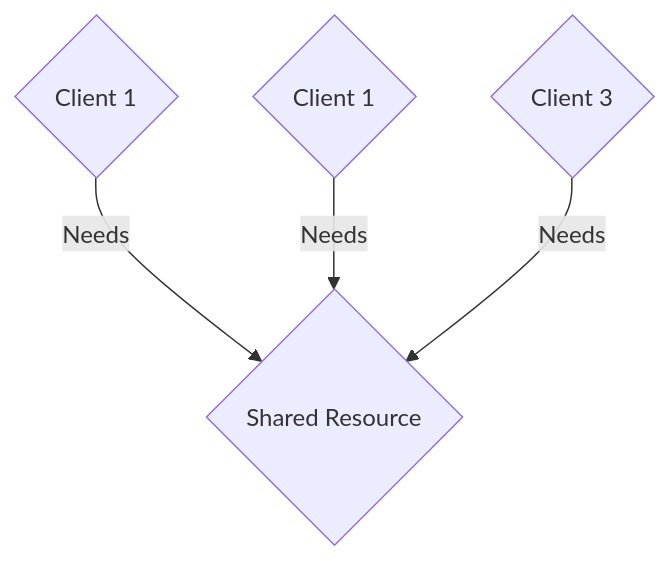
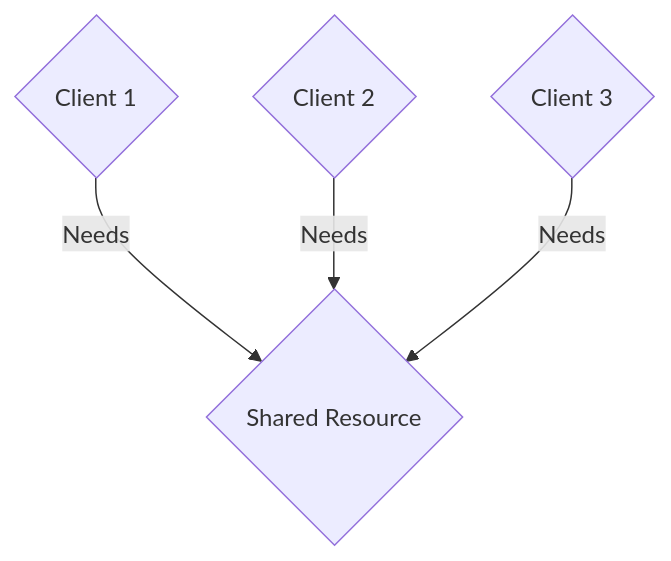
The first of 2 diagrams in 3.1-processes-and-concurrency.md (Nkay/fh-campus02-cloud-computing), drawn with Mermaid before and after one commit. The commit also changed other lines of this file, not shown here.

````diff
--- a/3.1-processes-and-concurrency.md
+++ b/3.1-processes-and-concurrency.md
@@ -80,10 +97,10 @@
 ```mermaid {theme: 'neutral', scale: 0.6}
 graph TD
 A{Client 1}
-B{Client 1}
+B{Client 2}
 C{Shared Resource}
 D{Client 3}
 A --> | Needs | C
 B --> | Needs | C
 D --> | Needs | C
 ```
````
